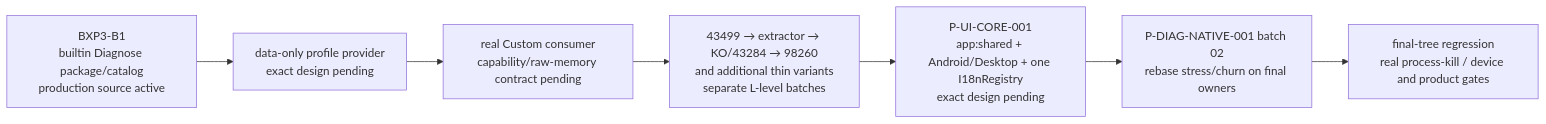
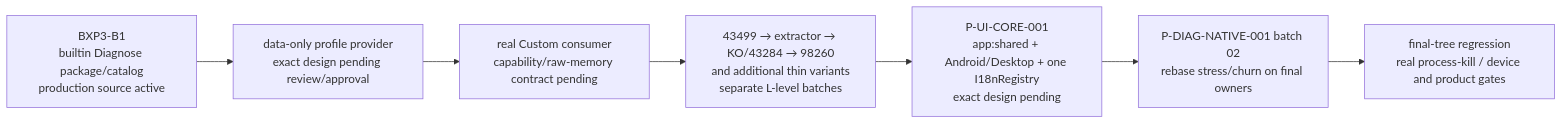
The sixth of 6 diagrams in docs/development/active-plan-target-uml.md (YuKongA/ghostlock-app), drawn with Mermaid before and after one commit. The commit also changed other lines of this file and 7 other files, not shown here.

Commit message:
docs(plugin): design data-only profile provider

````diff
--- a/docs/development/active-plan-target-uml.md
+++ b/docs/development/active-plan-target-uml.md
@@ -238,12 +273,12 @@
 ```mermaid
 flowchart LR
   B1["BXP3-B1\nbuiltin Diagnose package/catalog\nproduction source active"]
-  P["data-only profile provider\nexact design pending"]
+  P["data-only profile provider\nexact design pending review/approval"]
   C["real Custom consumer\ncapability/raw-memory contract pending"]
   R["43499 → extractor → KO/43284 → 98260\nand additional thin variants\nseparate L-level batches"]
   U["P-UI-CORE-001\napp:shared + Android/Desktop + one I18nRegistry\nexact design pending"]
   D["P-DIAG-NATIVE-001 batch 02\nrebase stress/churn on final owners"]
   V["final-tree regression\nreal process-kill / device and product gates"]
 
   B1 --> P --> C --> R --> U --> D --> V
 ```
````
